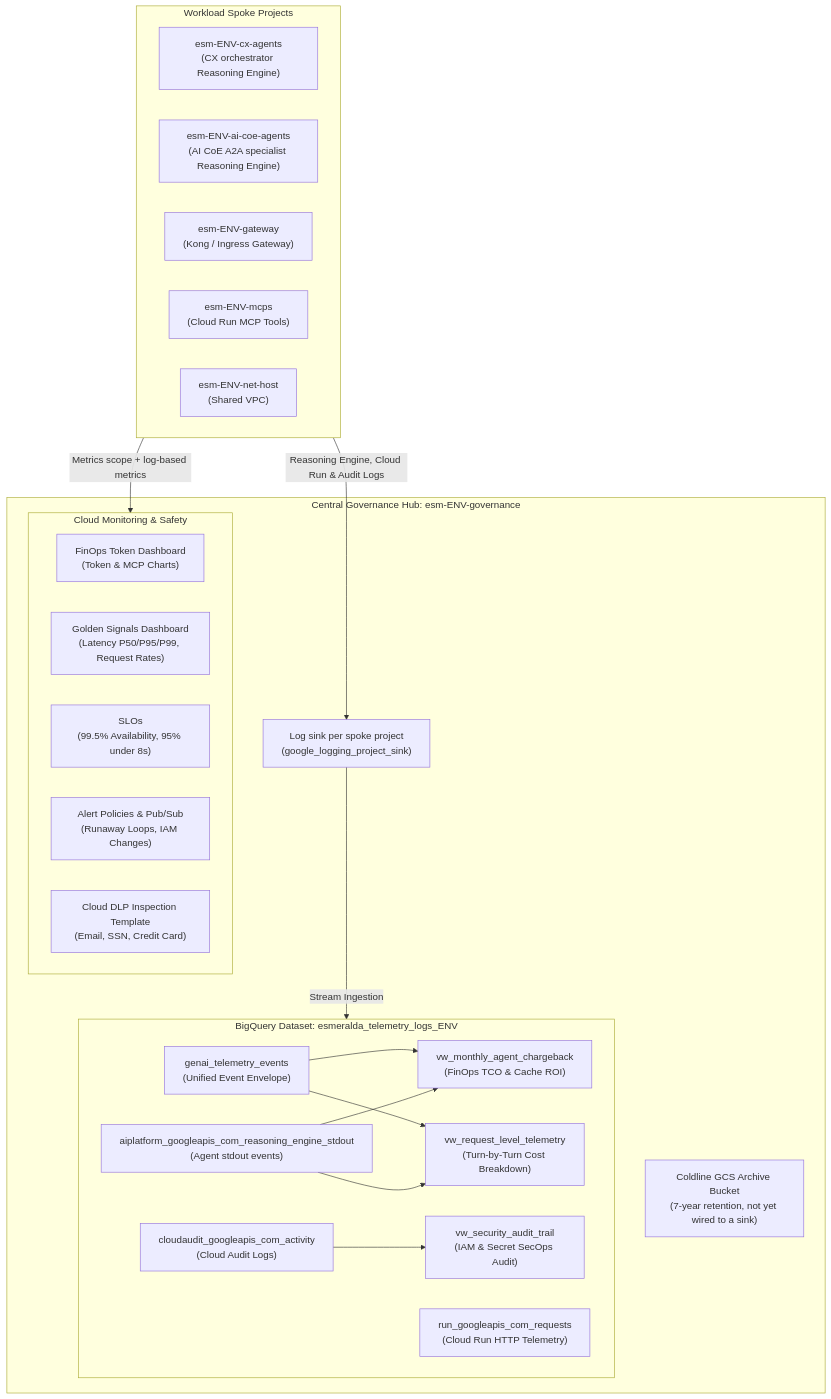
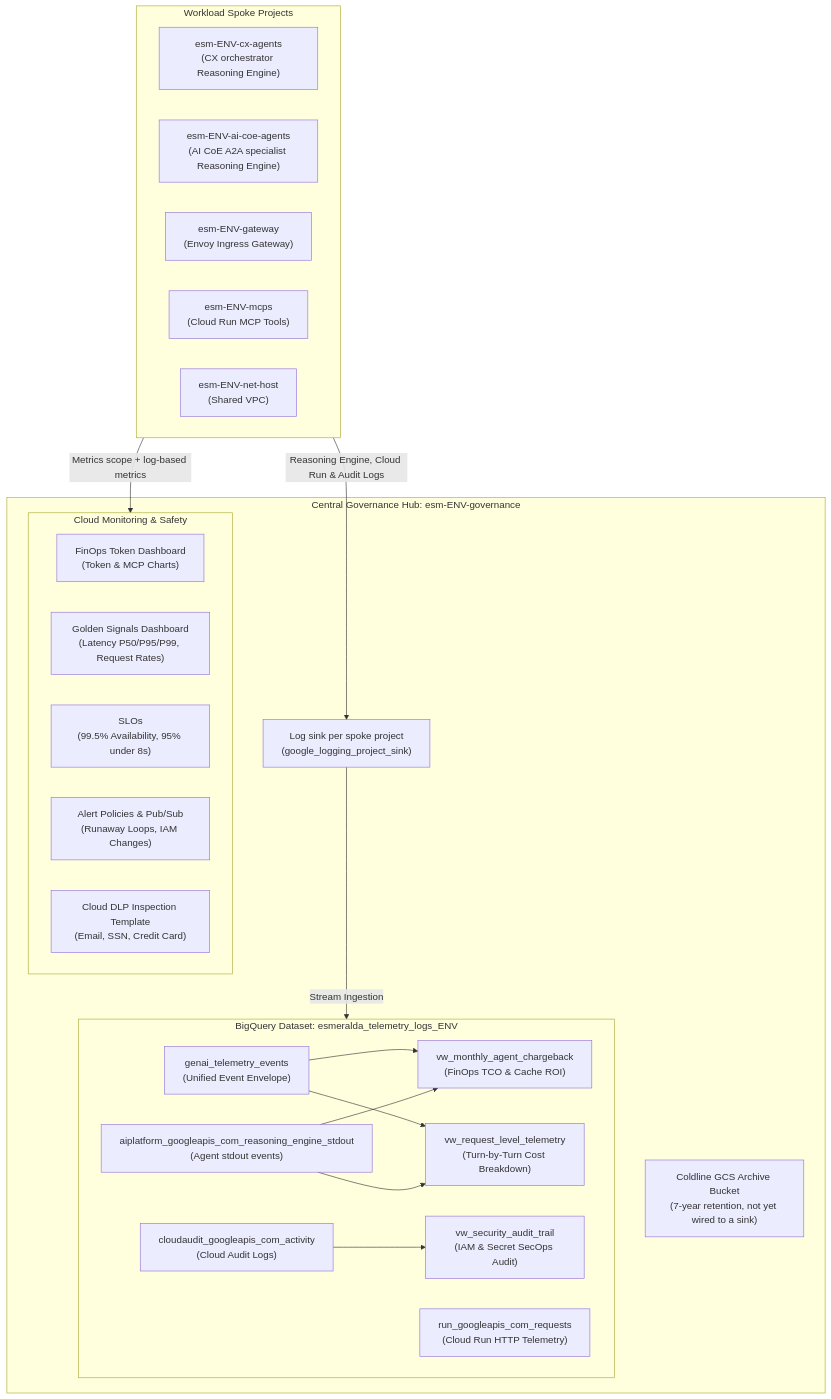
One commit to google/esmeralda changed the first of 2 diagrams in docs/src/3-agentops-and-lifecycle/03-centralized-monitoring-and-dashboards.md. Above: the diagram before and after it, drawn with Mermaid. The commit also changed other lines of this file and 15 other files, not shown here.

First line of the commit message:
docs: describe the Envoy ingress gateway (#73)

````diff
--- a/docs/src/3-agentops-and-lifecycle/03-centralized-monitoring-and-dashboards.md
+++ b/docs/src/3-agentops-and-lifecycle/03-centralized-monitoring-and-dashboards.md
@@ -9,42 +9,42 @@
 ```mermaid
 flowchart TD
     subgraph Spokes["Workload Spoke Projects"]
         CX["esm-ENV-cx-agents<br/>(CX orchestrator Reasoning Engine)"]
         AICOE["esm-ENV-ai-coe-agents<br/>(AI CoE A2A specialist Reasoning Engine)"]
-        GW["esm-ENV-gateway<br/>(Kong / Ingress Gateway)"]
+        GW["esm-ENV-gateway<br/>(Envoy Ingress Gateway)"]
         MCP["esm-ENV-mcps<br/>(Cloud Run MCP Tools)"]
         NET["esm-ENV-net-host<br/>(Shared VPC)"]
     end
 
     subgraph Hub["Central Governance Hub: esm-ENV-governance"]
         SINK["Log sink per spoke project<br/>(google_logging_project_sink)"]
 
         subgraph BigQuery["BigQuery Dataset: esmeralda_telemetry_logs_ENV"]
             ENV["genai_telemetry_events<br/>(Unified Event Envelope)"]
             AUDIT_TBL["cloudaudit_googleapis_com_activity<br/>(Cloud Audit Logs)"]
             STDOUT_TBL["aiplatform_googleapis_com_reasoning_engine_stdout<br/>(Agent stdout events)"]
             RUN_TBL["run_googleapis_com_requests<br/>(Cloud Run HTTP Telemetry)"]
 
             VW1["vw_monthly_agent_chargeback<br/>(FinOps TCO & Cache ROI)"]
             VW2["vw_request_level_telemetry<br/>(Turn-by-Turn Cost Breakdown)"]
             VW3["vw_security_audit_trail<br/>(IAM & Secret SecOps Audit)"]
         end
 
         GCS["Coldline GCS Archive Bucket<br/>(7-year retention, not yet wired to a sink)"]
 
         subgraph Monitoring["Cloud Monitoring & Safety"]
             MQL["FinOps Token Dashboard<br/>(Token & MCP Charts)"]
             GOLD["Golden Signals Dashboard<br/>(Latency P50/P95/P99, Request Rates)"]
             SLO["SLOs<br/>(99.5% Availability, 95% under 8s)"]
             ALERTS["Alert Policies & Pub/Sub<br/>(Runaway Loops, IAM Changes)"]
             DLP["Cloud DLP Inspection Template<br/>(Email, SSN, Credit Card)"]
         end
     end
 
     Spokes -->|Reasoning Engine, Cloud Run & Audit Logs| SINK
     SINK -->|Stream Ingestion| BigQuery
     ENV --> VW1 & VW2
     STDOUT_TBL --> VW1 & VW2
     AUDIT_TBL --> VW3
     Spokes -->|Metrics scope + log-based metrics| Monitoring
 ```
````
